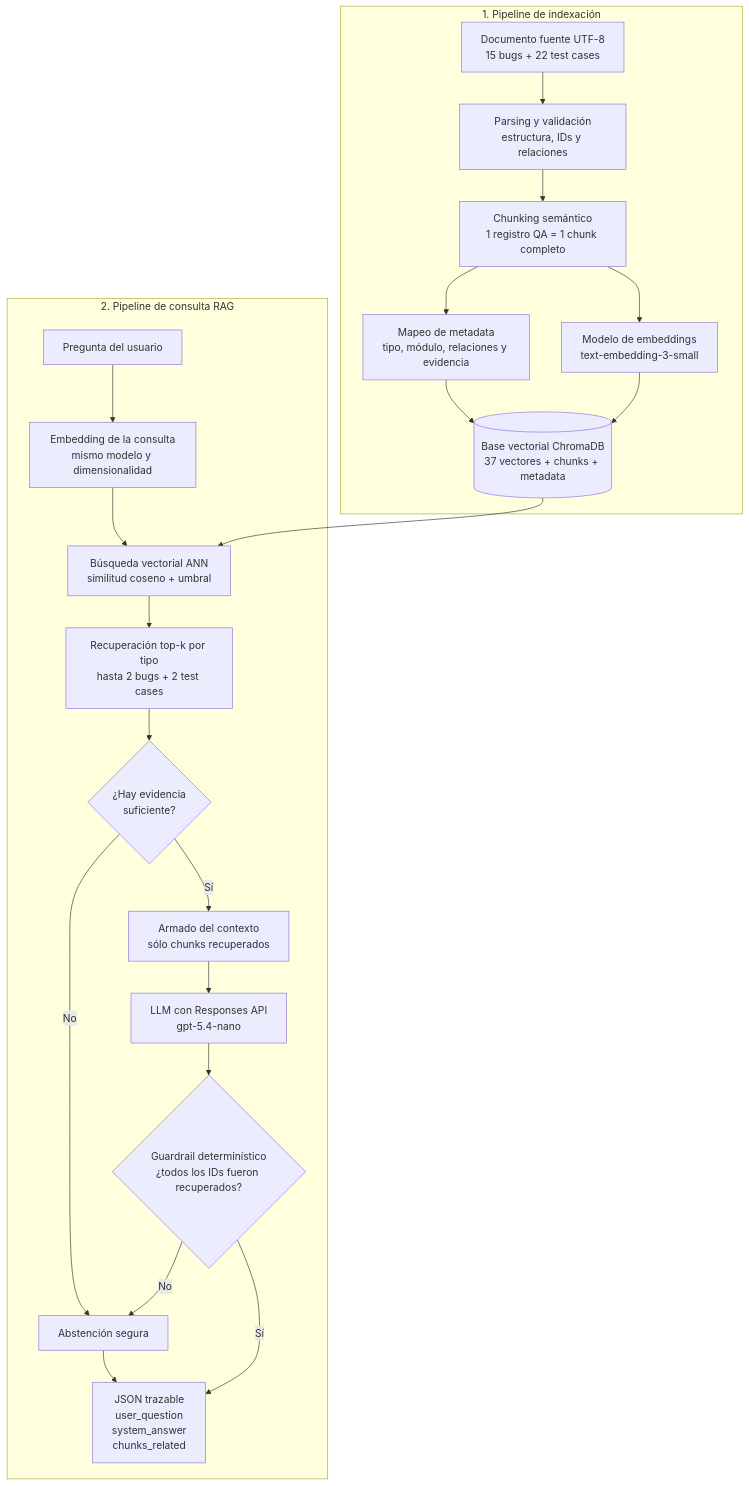
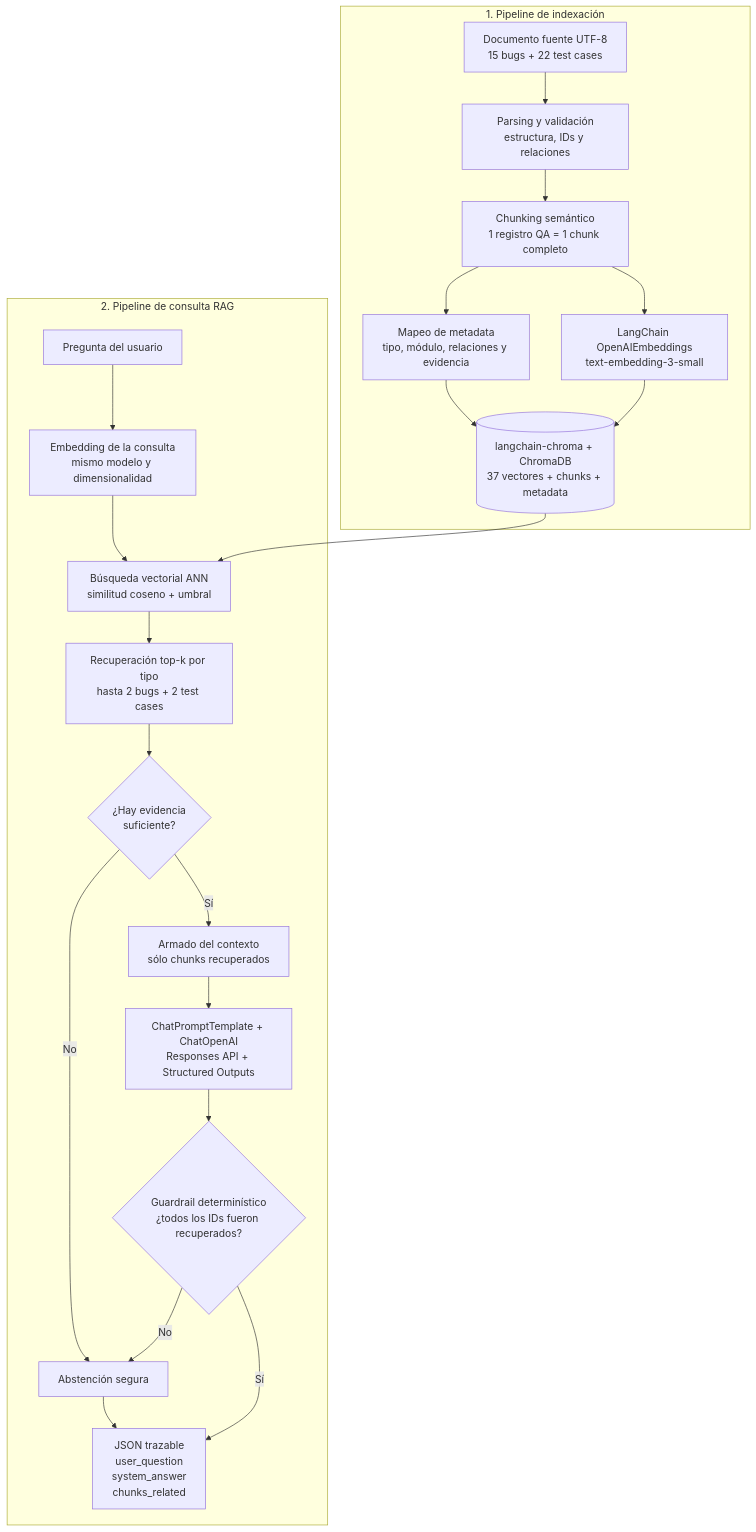
Before and after one commit to lucasvacis87/qa-memory-rag: the diagram in README.md, drawn with Mermaid. The commit also changed other lines of this file and 8 other files, not shown here.

Commit message:
feat: integrate LangChain for embeddings and answer generation, update architecture and validation documentation

````diff
--- a/README.md
+++ b/README.md
@@ -23,37 +23,37 @@
 ```mermaid
 flowchart TD
     subgraph INDEX["1. Pipeline de indexación"]
         A["Documento fuente UTF-8<br/>15 bugs + 22 test cases"]
         B["Parsing y validación<br/>estructura, IDs y relaciones"]
         C["Chunking semántico<br/>1 registro QA = 1 chunk completo"]
         D["Mapeo de metadata<br/>tipo, módulo, relaciones y evidencia"]
-        E["Modelo de embeddings<br/>text-embedding-3-small"]
-        F[("Base vectorial ChromaDB<br/>37 vectores + chunks + metadata")]
+        E["LangChain OpenAIEmbeddings<br/>text-embedding-3-small"]
+        F[("langchain-chroma + ChromaDB<br/>37 vectores + chunks + metadata")]
 
         A --> B --> C --> D
         C --> E
         D --> F
         E --> F
     end
 
     subgraph QUERY["2. Pipeline de consulta RAG"]
         G["Pregunta del usuario"]
         H["Embedding de la consulta<br/>mismo modelo y dimensionalidad"]
         I["Búsqueda vectorial ANN<br/>similitud coseno + umbral"]
         J["Recuperación top-k por tipo<br/>hasta 2 bugs + 2 test cases"]
         K{"¿Hay evidencia<br/>suficiente?"}
         L["Armado del contexto<br/>sólo chunks recuperados"]
-        M["LLM con Responses API<br/>gpt-5.4-nano"]
+        M["ChatPromptTemplate + ChatOpenAI<br/>Responses API + Structured Outputs"]
         N{"Guardrail determinístico<br/>¿todos los IDs fueron recuperados?"}
         O["JSON trazable<br/>user_question<br/>system_answer<br/>chunks_related"]
         P["Abstención segura"]
 
         G --> H --> I --> J --> K
         K -- Sí --> L --> M --> N
         K -- No --> P --> O
         N -- Sí --> O
         N -- No --> P
     end
 
     F --> I
 ```
````
